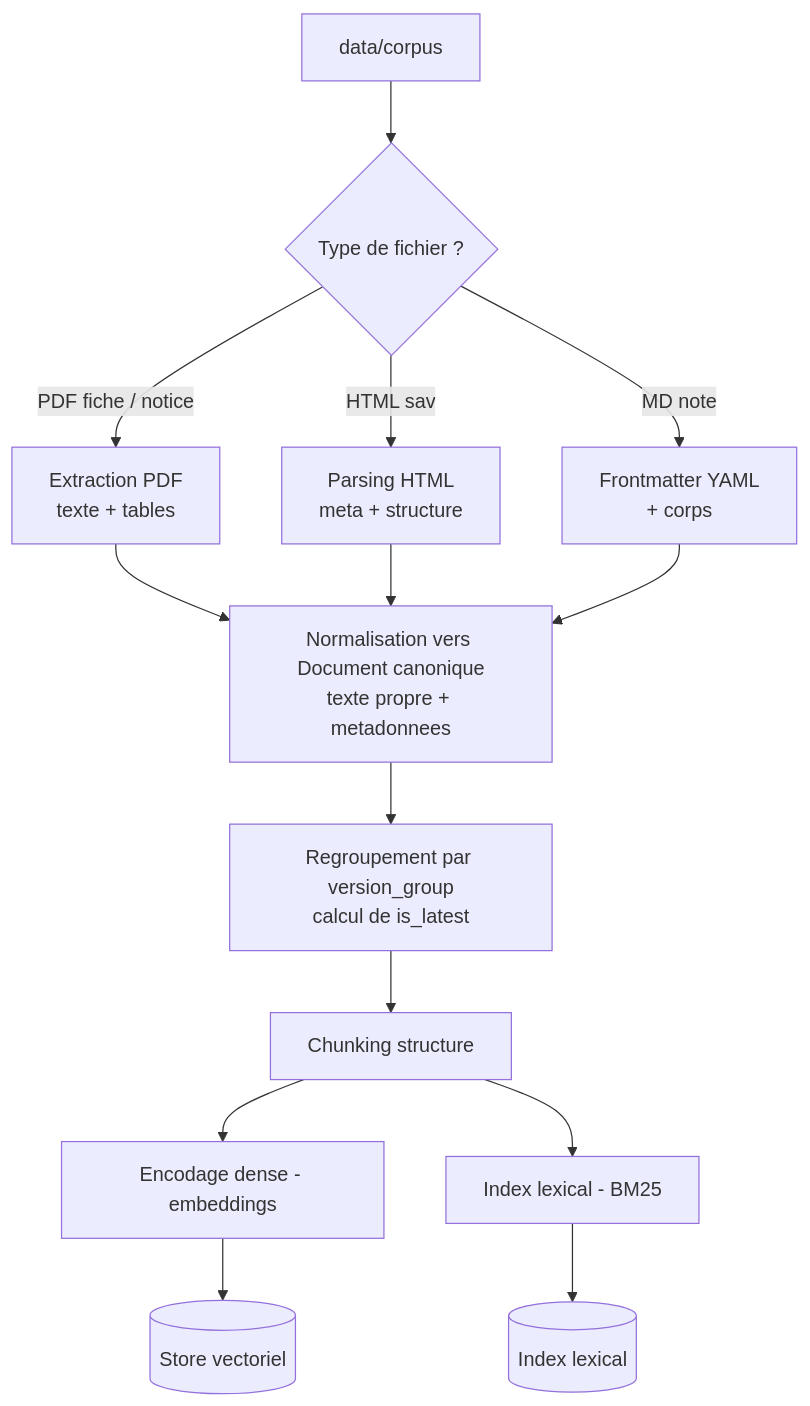
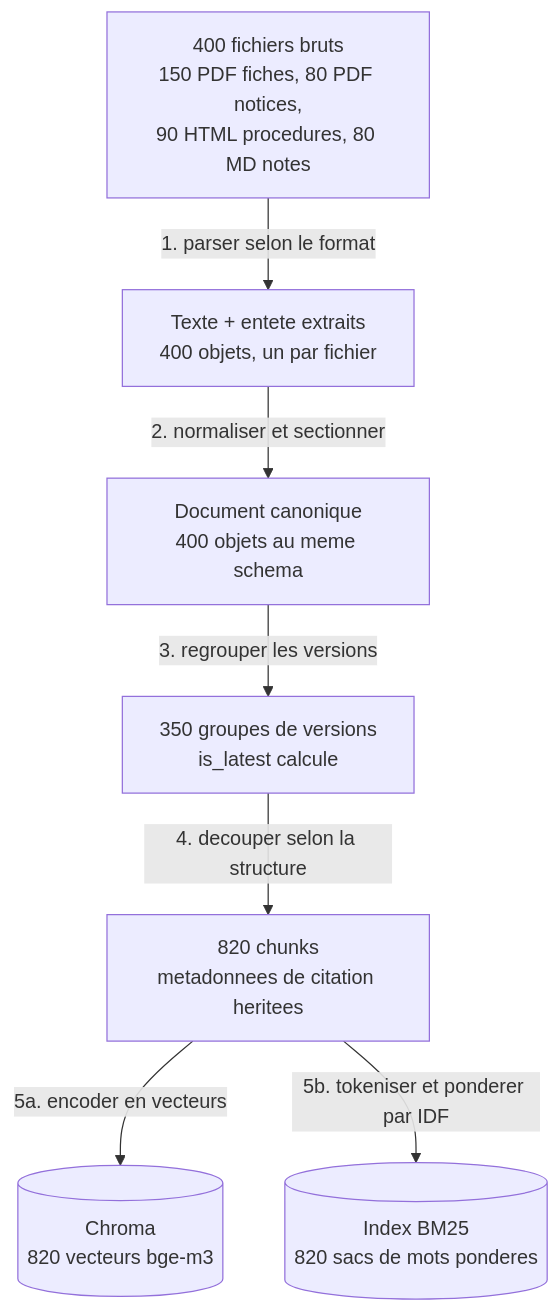
One commit to Bealph/sorabel-gateway changed the first of 4 diagrams in docs/conception/01_flux_chunks.md. Above: the diagram before and after it, drawn with Mermaid. The commit also changed other lines of this file and 1 other file, not shown here.

First line of the commit message:
Detailler le flux d'ingestion, le retrieval, le chunk et les metadonnees

````diff
--- a/docs/conception/01_flux_chunks.md
+++ b/docs/conception/01_flux_chunks.md
@@ -91,16 +98,17 @@
 ```mermaid
-flowchart TD
-    A[data/corpus] --> B{Type de fichier ?}
-    B -->|PDF fiche / notice| C[Extraction PDF<br/>texte + tables]
-    B -->|HTML sav| D[Parsing HTML<br/>meta + structure]
-    B -->|MD note| E[Frontmatter YAML<br/>+ corps]
-    C --> F[Normalisation vers Document canonique<br/>texte propre + metadonnees]
-    D --> F
-    E --> F
-    F --> G[Regroupement par version_group<br/>calcul de is_latest]
-    G --> H[Chunking structure]
-    H --> I[Encodage dense - embeddings]
-    H --> J[Index lexical - BM25]
-    I --> K[(Store vectoriel)]
-    J --> L[(Index lexical)]
+flowchart TB
+    A["400 fichiers bruts<br/>150 PDF fiches, 80 PDF notices,<br/>90 HTML procedures, 80 MD notes"]
+    B["Texte + entete extraits<br/>400 objets, un par fichier"]
+    C["Document canonique<br/>400 objets au meme schema"]
+    D["350 groupes de versions<br/>is_latest calcule"]
+    E["820 chunks<br/>metadonnees de citation heritees"]
+    F[("Chroma<br/>820 vecteurs bge-m3")]
+    G[("Index BM25<br/>820 sacs de mots ponderes")]
+
+    A -->|"1. parser selon le format"| B
+    B -->|"2. normaliser et sectionner"| C
+    C -->|"3. regrouper les versions"| D
+    D -->|"4. decouper selon la structure"| E
+    E -->|"5a. encoder en vecteurs"| F
+    E -->|"5b. tokeniser et ponderer par IDF"| G
 ```
````
